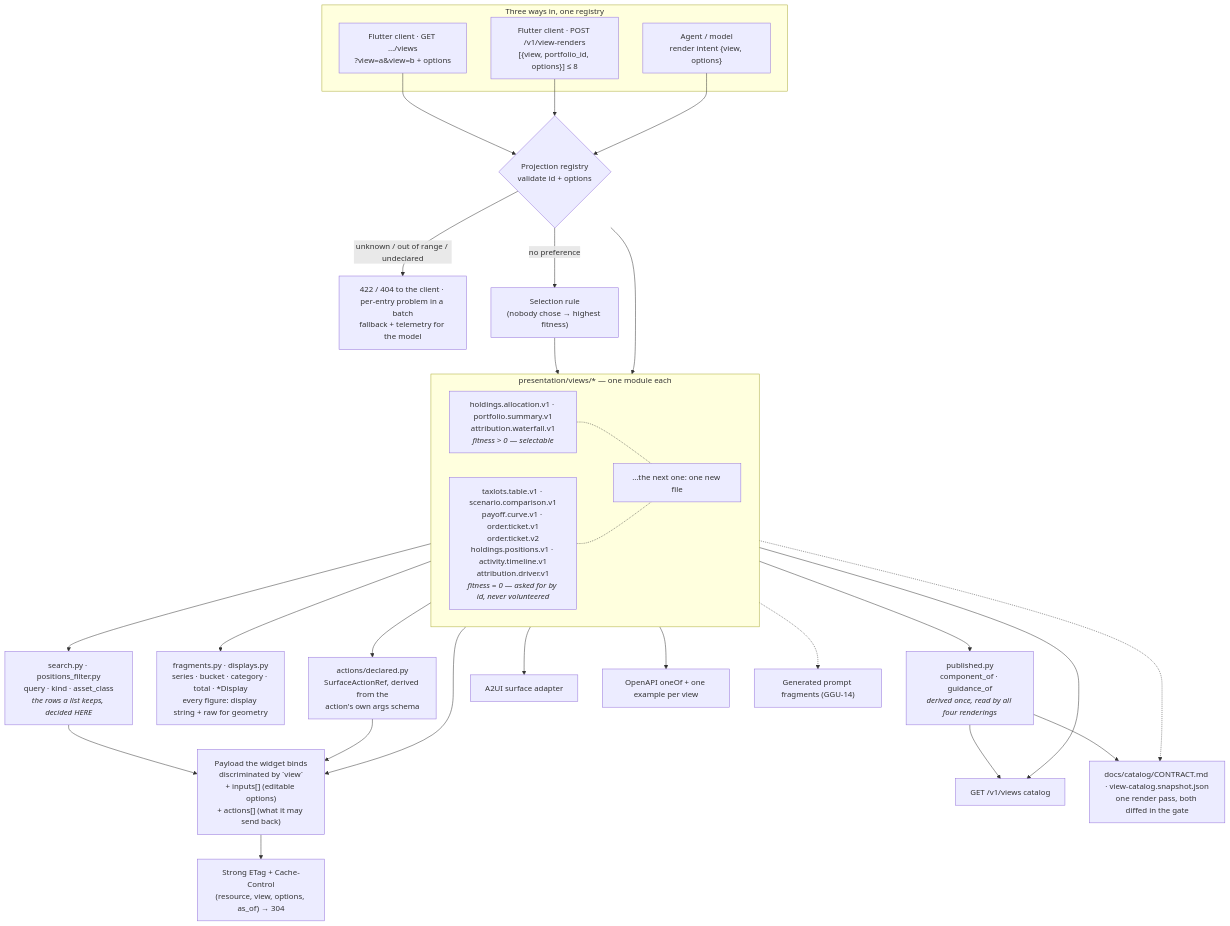
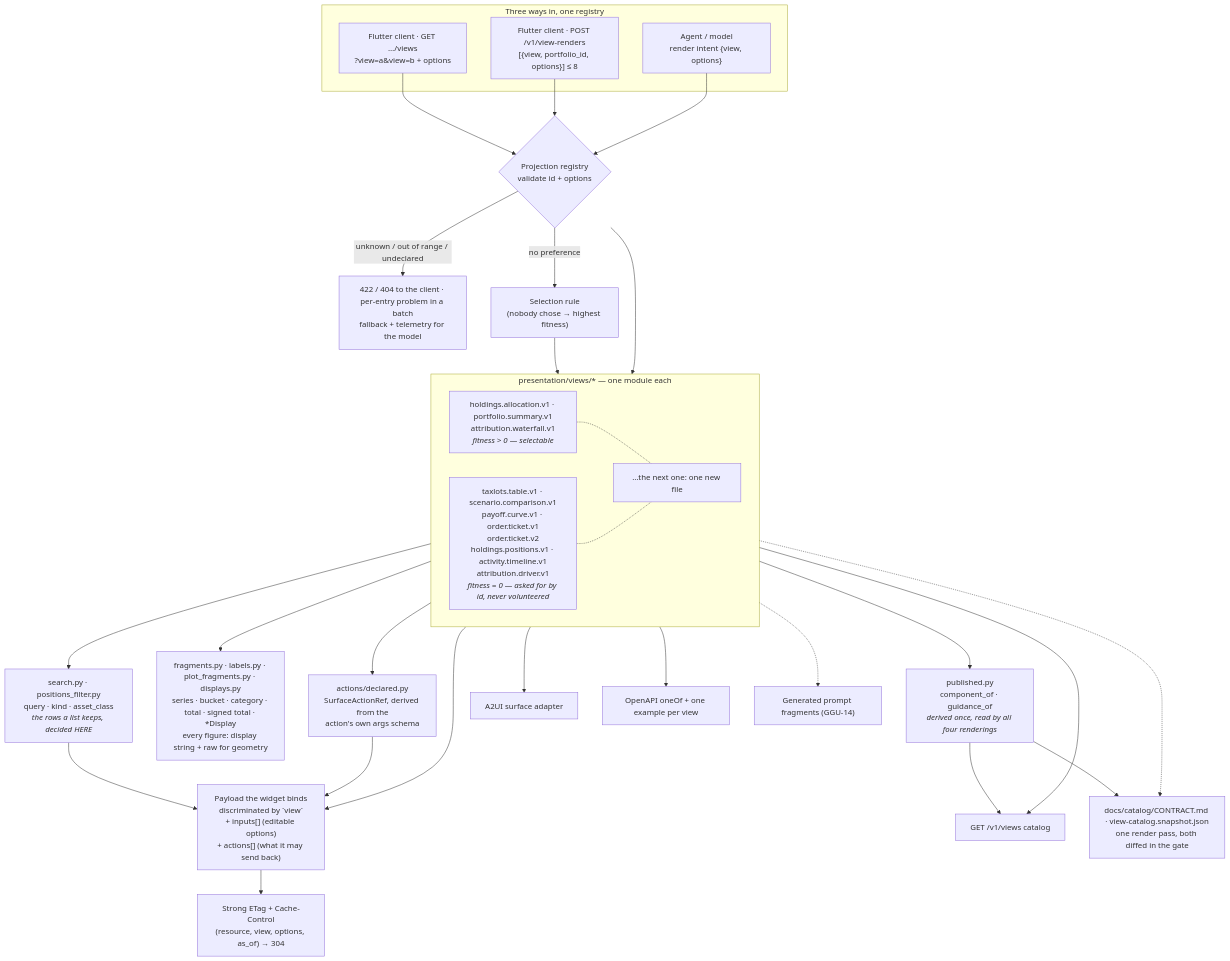
The diagram in docs/diagrams/06-response-shaping.md (somnio-projects/finance-google-a2ui), drawn with Mermaid before and after one commit. The commit also changed other lines of this file and 1552 other files, not shown here.

```diff
--- a/docs/diagrams/06-response-shaping.md
+++ b/docs/diagrams/06-response-shaping.md
@@ -20,7 +20,7 @@
         vn["…the next one: one new file"]
     end
     filt["search.py · positions_filter.py<br/>query · kind · asset_class<br/><i>the rows a list keeps, decided HERE</i>"]
-    frag["fragments.py · displays.py<br/>series · bucket · category · total · *Display<br/>every figure: display string + raw for geometry"]
+    frag["fragments.py · labels.py · plot_fragments.py · displays.py<br/>series · bucket · category · total · signed total · *Display<br/>every figure: display string + raw for geometry"]
     decl["actions/declared.py<br/>SurfaceActionRef, derived from the<br/>action's own args schema"]
     pub["published.py<br/>component_of · guidance_of<br/><i>derived once, read by all four renderings</i>"]
     out["Payload the widget binds<br/>discriminated by `view`<br/>+ inputs[] (editable options)<br/>+ actions[] (what it may send back)"]
```
